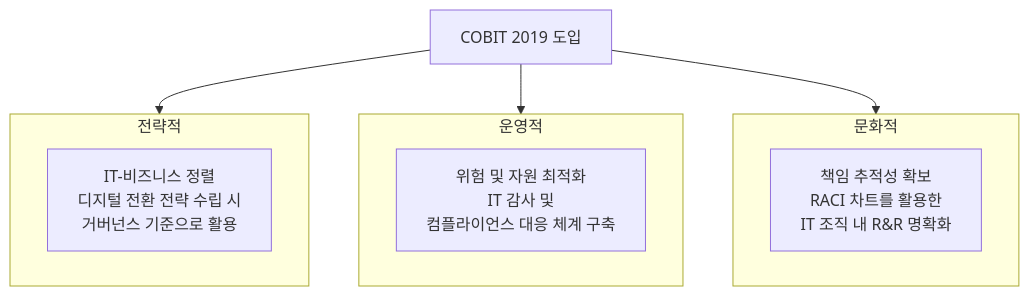
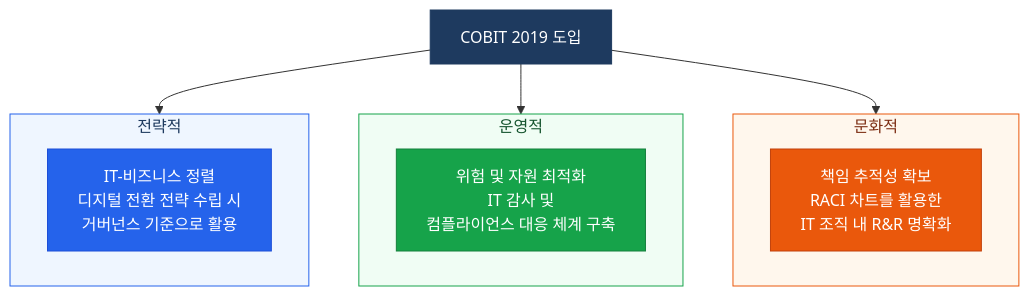
Before and after one commit to jeonck/fw-thinking: the fifth of 5 diagrams in docs/01-it-governance/cobit-2019.md, drawn with Mermaid. The commit also changed other lines of this file, not shown here.

First line of the commit message:
COBIT 2019 다이어그램 색상 추가

````diff
--- a/docs/01-it-governance/cobit-2019.md
+++ b/docs/01-it-governance/cobit-2019.md
@@ -110,18 +123,26 @@
 ```mermaid
 flowchart TD
     COBIT["COBIT 2019 도입"]
 
     subgraph STR["전략적"]
         S1["IT-비즈니스 정렬<br/>디지털 전환 전략 수립 시<br/>거버넌스 기준으로 활용"]
     end
     subgraph OPS["운영적"]
         O1["위험 및 자원 최적화<br/>IT 감사 및<br/>컴플라이언스 대응 체계 구축"]
     end
     subgraph CUL["문화적"]
         C1["책임 추적성 확보<br/>RACI 차트를 활용한<br/>IT 조직 내 R&R 명확화"]
     end
 
     COBIT --> STR
     COBIT --> OPS
     COBIT --> CUL
+
+    style COBIT fill:#1E3A5F,stroke:#1E3A5F,color:#fff
+    style STR   fill:#EFF6FF,stroke:#2563EB,color:#1E3A5F
+    style OPS   fill:#F0FDF4,stroke:#16A34A,color:#14532D
+    style CUL   fill:#FFF7ED,stroke:#EA580C,color:#7C2D12
+    style S1    fill:#2563EB,stroke:#1D4ED8,color:#fff
+    style O1    fill:#16A34A,stroke:#15803D,color:#fff
+    style C1    fill:#EA580C,stroke:#C2410C,color:#fff
 ```
````
